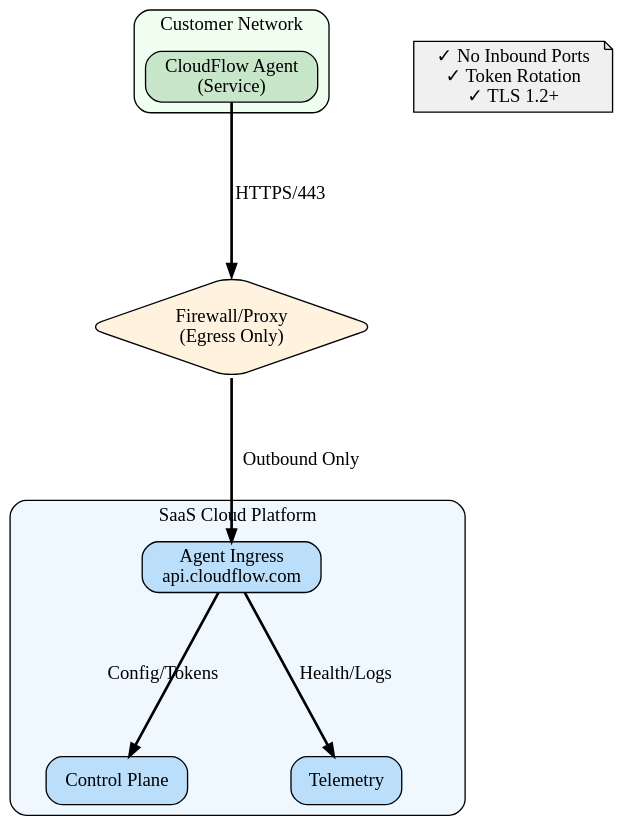
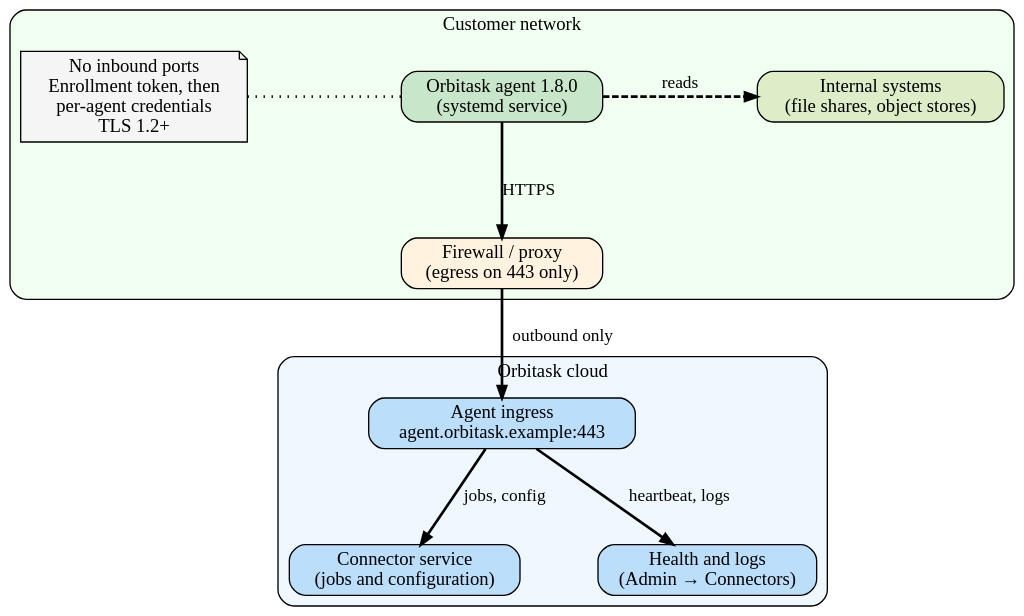
The diagram in src/software-guides/img/agent-connectivity.dot (KorayErkan/tw-portfolio), drawn with Graphviz before and after one commit. The commit also changed 72 other files, not shown here.

```diff
--- a/src/software-guides/img/agent-connectivity.dot
+++ b/src/software-guides/img/agent-connectivity.dot
@@ -1,40 +1,31 @@
 digraph G {
-  graph [rankdir=TD, splines=false, bgcolor="transparent", nodesep=1.0, ranksep=1.5];
+  graph [rankdir=TB, bgcolor="transparent", nodesep=0.8, ranksep=0.8, fontname="Calibri", fontsize=14];
   node [shape=box, style="rounded,filled", fontname="Calibri", fontsize=14];
-  edge [arrowsize=0.9, penwidth=2, fontname="Calibri", fontsize=14];
+  edge [arrowsize=0.9, penwidth=2, fontname="Calibri", fontsize=13];
 
-  // Customer Side
   subgraph cluster_customer {
-    label="Customer Network";
-    style="rounded,filled";
-    fillcolor="#f0fff0";
-    fontname="Calibri";
-    fontsize=14;
-    agent [label="CloudFlow Agent\n(Service)", fillcolor="#c8e6c9"];
+    label="Customer network";
+    style="rounded,filled"; fillcolor="#f0fff0";
+    sources [label="Internal systems\n(file shares, object stores)", fillcolor="#dcedc8"];
+    agent [label="Orbitask agent 1.8.0\n(systemd service)", fillcolor="#c8e6c9"];
+    firewall [label="Firewall / proxy\n(egress on 443 only)", fillcolor="#fff3e0"];
+    security_note [label="No inbound ports\nEnrollment token, then\nper-agent credentials\nTLS 1.2+", fillcolor="#f5f5f5", shape=note];
+    { rank=same; sources; agent; security_note; }
   }
 
-  // Network Boundary
-  firewall [label="Firewall/Proxy\n(Egress Only)", fillcolor="#fff3e0", shape=diamond];
-
-  // Cloud Side
   subgraph cluster_cloud {
-    label="SaaS Cloud Platform";
-    style="rounded,filled";
-    fillcolor="#f0f8ff";
-    fontname="Calibri";
-    fontsize=14;
-    ingress [label="Agent Ingress\napi.cloudflow.com", fillcolor="#bbdefb"];
-    control [label="Control Plane", fillcolor="#bbdefb"];
-    telemetry [label="Telemetry", fillcolor="#bbdefb"];
+    label="Orbitask cloud";
+    style="rounded,filled"; fillcolor="#f0f8ff";
+    ingress [label="Agent ingress\nagent.orbitask.example:443", fillcolor="#bbdefb"];
+    control [label="Connector service\n(jobs and configuration)", fillcolor="#bbdefb"];
+    telemetry [label="Health and logs\n(Admin → Connectors)", fillcolor="#bbdefb"];
   }
 
-  // Simple left-to-right flow
-  agent -> firewall [label="HTTPS/443"];
-  firewall -> ingress [label="Outbound Only"];
-  ingress -> control [label="Config/Tokens"];
-  ingress -> telemetry [label="Health/Logs"];
+  agent -> sources [label="reads", style=dashed];
+  agent -> firewall [label="HTTPS"];
+  firewall -> ingress [label="outbound only"];
+  ingress -> control [label="jobs, config"];
+  ingress -> telemetry [label="heartbeat, logs"];
+  security_note -> agent [style=dotted, arrowhead=none];
 
-  // Security notes
-  security_note [label="✓ No Inbound Ports\n✓ Token Rotation\n✓ TLS 1.2+",
-                fillcolor="#f0f0f0", shape=note];
 }
```
